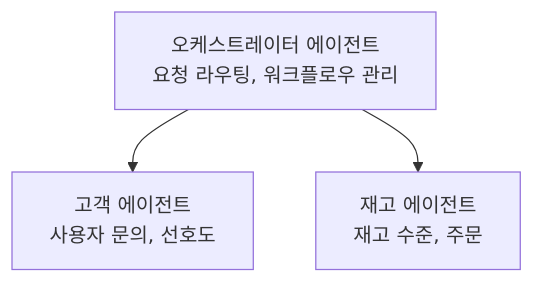
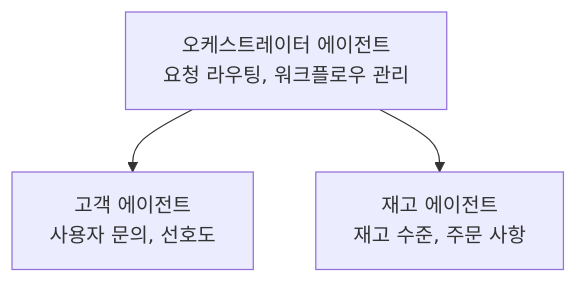
One commit to microsoft/AZD-for-beginners changed the diagram in translations/ko/docs/chapter-05-multi-agent/README.md. Above: the diagram before and after it, drawn with Mermaid. The commit also changed other lines of this file and 60 other files, not shown here.

````diff
--- a/translations/ko/docs/chapter-05-multi-agent/README.md
+++ b/translations/ko/docs/chapter-05-multi-agent/README.md
@@ -54,5 +54,5 @@
 ```mermaid
 graph TD
     Orchestrator[오케스트레이터 에이전트<br/>요청 라우팅, 워크플로우 관리] --> Customer[고객 에이전트<br/>사용자 문의, 선호도]
-    Orchestrator --> Inventory[재고 에이전트<br/>재고 수준, 주문]
+    Orchestrator --> Inventory[재고 에이전트<br/>재고 수준, 주문 사항]
 ```
````
